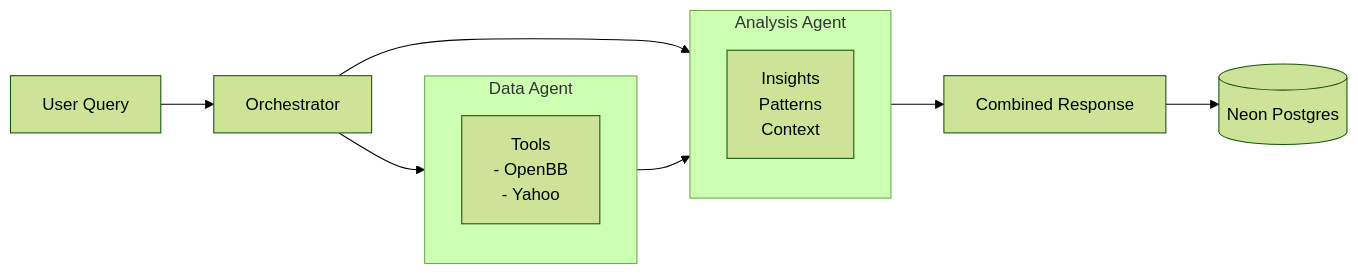
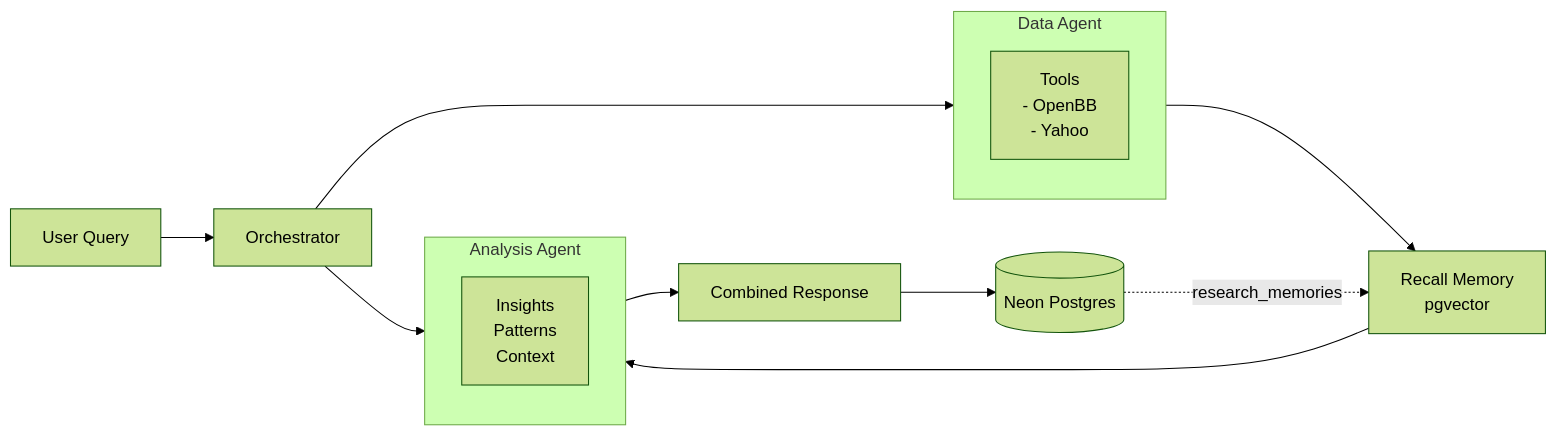
The diagram in docs/AGENT_COMPARISON.md (RichChang963/Trading-Assistant), drawn with Mermaid (forest theme) before and after one commit. The commit also changed other lines of this file and 5 other files, not shown here.

````diff
--- a/docs/AGENT_COMPARISON.md
+++ b/docs/AGENT_COMPARISON.md
@@ -23,19 +23,21 @@
 ```mermaid
 graph LR
     A[User Query] --> B[Orchestrator]
     B --> C[Data Agent]
     B --> D[Analysis Agent]
     
     subgraph C[Data Agent]
         C1[Tools<br/>- OpenBB<br/>- Yahoo<br/>]
     end
     
-    C --> D
+    C --> M[Recall Memory<br/>pgvector]
+    M --> D
     
     subgraph D[Analysis Agent]
         D1[Insights<br/>Patterns<br/>Context]
     end
     
     D --> E[Combined Response]
     E --> F[(Neon Postgres)]
+    F -.->|research_memories| M
 ```
````
